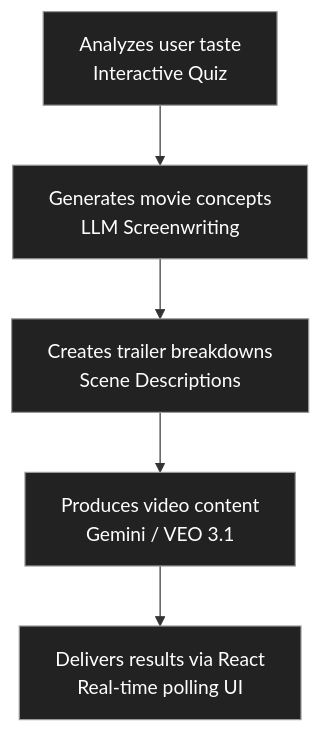
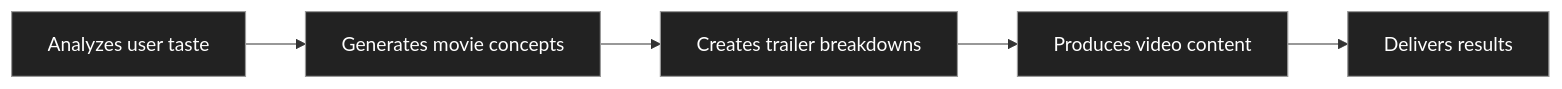
One commit to WenyiJin2003/Fama-French-Three-Factor-Model changed the diagram in README.md. Above: the diagram before and after it, drawn with Mermaid.

Commit message:
Revise flowchart formatting in README.md
Updated flowchart in README to improve clarity.

````diff
--- a/README.md
+++ b/README.md
@@ -3,14 +3,14 @@
 ```mermaid
-flowchart TD
+flowchart LR
 
-    A[Analyzes user taste<br/>Interactive Quiz] --> B[Generates movie concepts<br/>LLM Screenwriting]
-    B --> C[Creates trailer breakdowns<br/>Scene Descriptions]
-    C --> D[Produces video content<br/>Gemini / VEO 3.1]
-    D --> E[Delivers results via React<br/>Real-time polling UI]
+    A[Analyzes user taste] --> B[Generates movie concepts]
+    B --> C[Creates trailer breakdowns]
+    C --> D[Produces video content]
+    D --> E[Delivers results]
 
     style A fill:#222,color:#fff,stroke:#999
     style B fill:#222,color:#fff,stroke:#999
     style C fill:#222,color:#fff,stroke:#999
     style D fill:#222,color:#fff,stroke:#999
     style E fill:#222,color:#fff,stroke:#999
 ```
````
